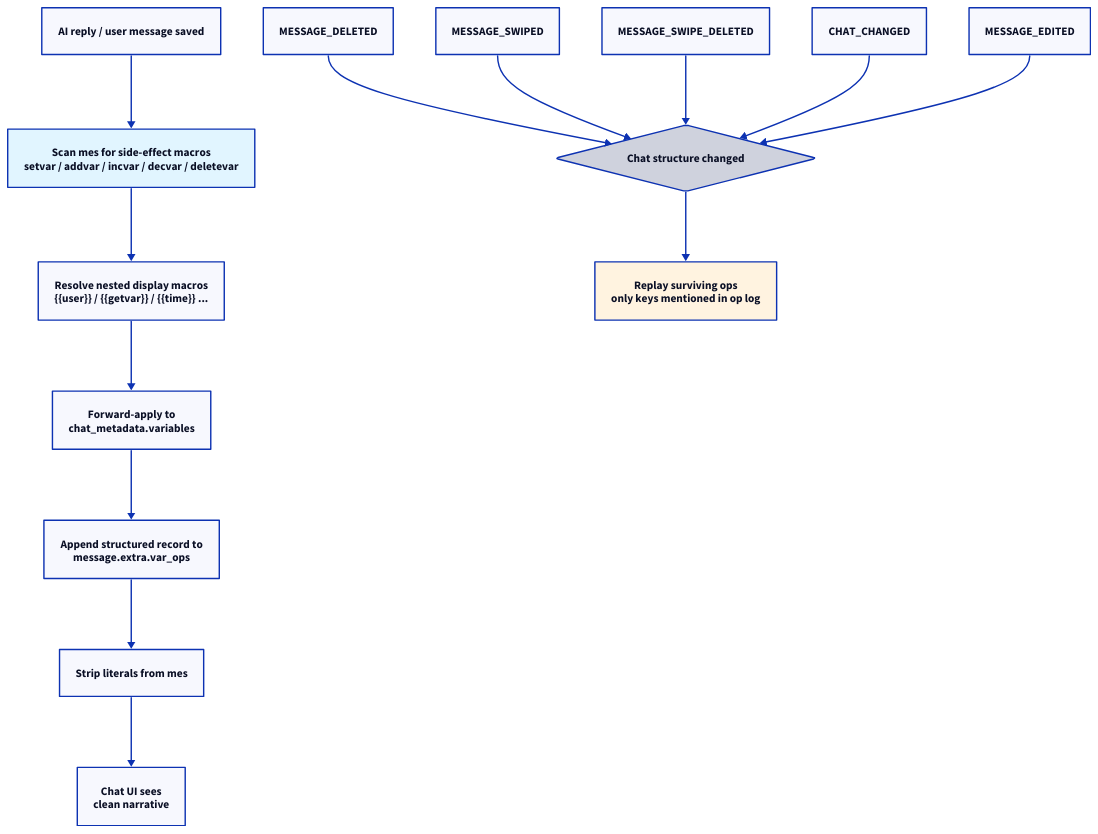
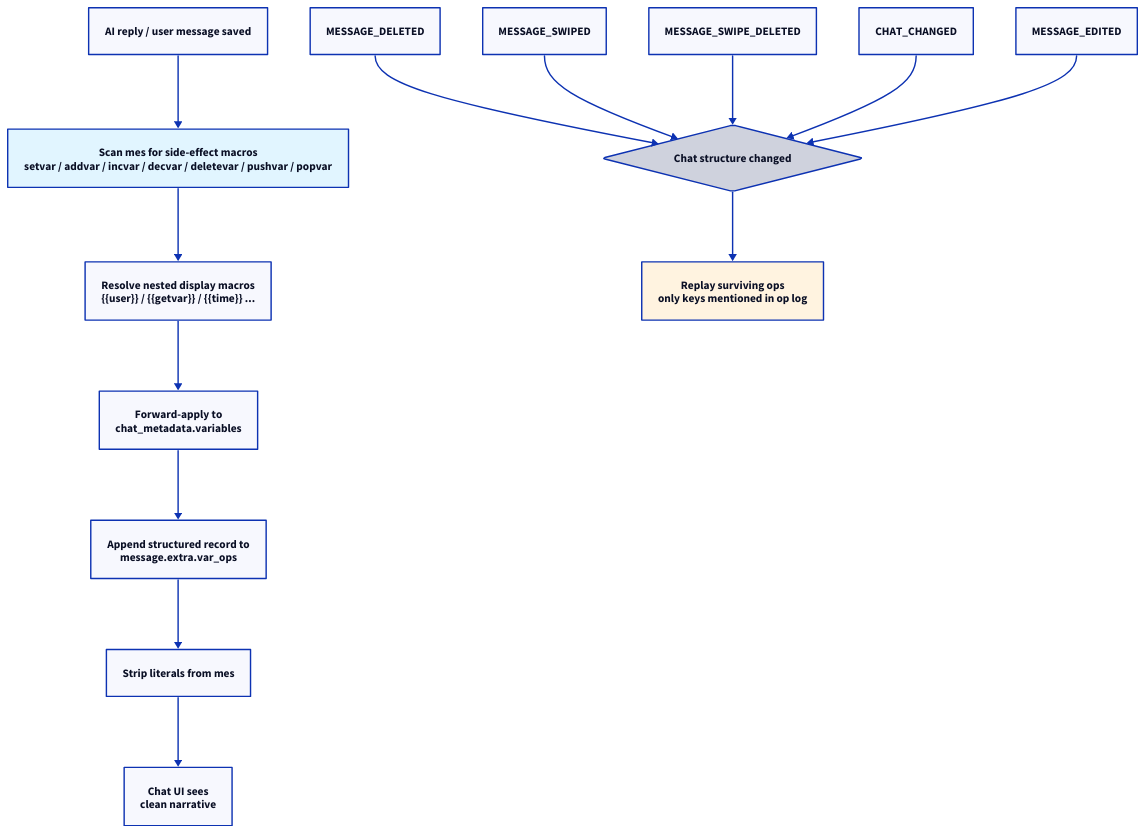
Before and after one commit to funnycups/Luker: the diagram in docs/features/variable-op-log.md, drawn with D2. The commit also changed other lines of this file and 18 other files, not shown here.

````diff
--- a/docs/features/variable-op-log.md
+++ b/docs/features/variable-op-log.md
@@ -13,34 +13,34 @@
 ```d2
 direction: down
 
 AI: "AI reply / user message saved"
-EXTRACT: "Scan mes for side-effect macros\nsetvar / addvar / incvar / decvar / deletevar" {
+EXTRACT: "Scan mes for side-effect macros\nsetvar / addvar / incvar / decvar / deletevar / pushvar / popvar" {
   style.fill: "#e1f5ff"
 }
 EVAL: "Resolve nested display macros\n{{user}} / {{getvar}} / {{time}} ..."
 APPLY: "Forward-apply to\nchat_metadata.variables"
 LOG: "Append structured record to\nmessage.extra.var_ops"
 CLEAN: "Strip literals from mes"
 DISPLAY: "Chat UI sees\nclean narrative"
 
 AI -> EXTRACT -> EVAL -> APPLY -> LOG -> CLEAN -> DISPLAY
 
 REPLAY: "Chat structure changed" {
   shape: diamond
 }
 DEL: "MESSAGE_DELETED"
 SWIPE: "MESSAGE_SWIPED"
 SWIPED: "MESSAGE_SWIPE_DELETED"
 CHANGED: "CHAT_CHANGED"
 EDIT: "MESSAGE_EDITED"
 REBUILD: "Replay surviving ops\nonly keys mentioned in op log" {
   style.fill: "#fff3e0"
 }
 
 DEL -> REPLAY
 SWIPE -> REPLAY
 SWIPED -> REPLAY
 CHANGED -> REPLAY
 EDIT -> REPLAY
 REPLAY -> REBUILD
 ```
````
